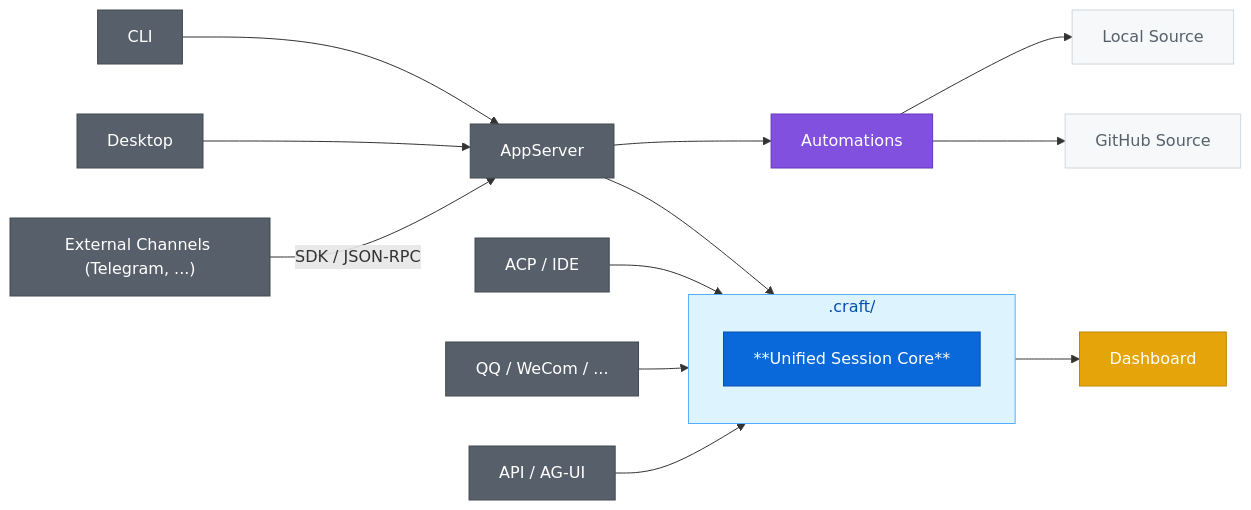
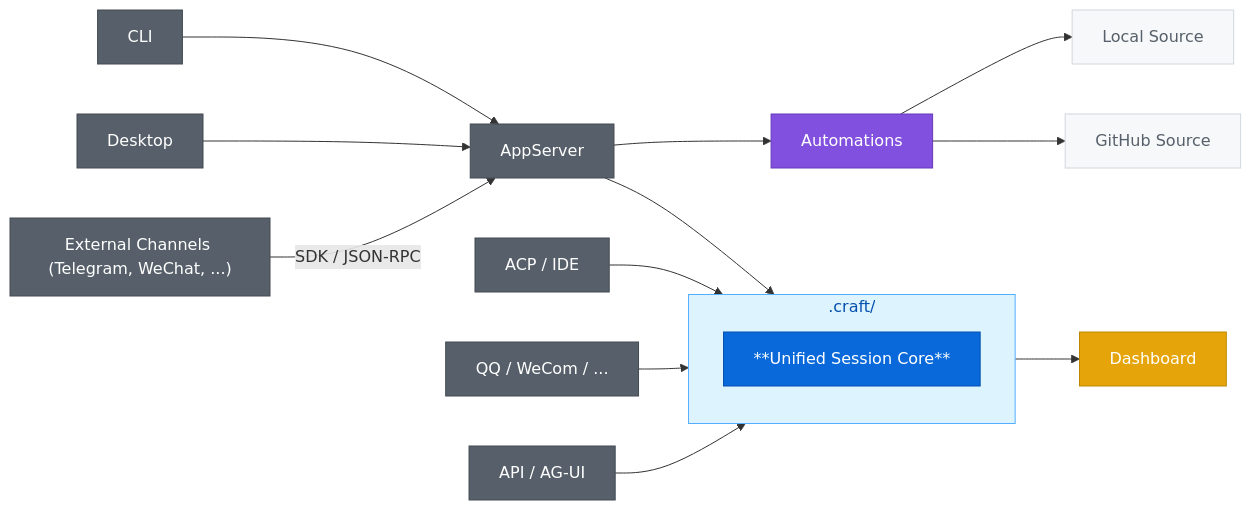
Before and after one commit to DotCraftDev/dotcraft: the diagram in README.md, drawn with Mermaid. The commit also changed other lines of this file and 28 other files, not shown here.

````diff
--- a/README.md
+++ b/README.md
@@ -126,45 +126,45 @@
 ```mermaid
 flowchart LR
     Cli["CLI"]
     Desktop["Desktop"]
     AppSrv["AppServer"]
     Ide["ACP / IDE"]
     Bots["QQ / WeCom / ..."]
-    ExtCh["External Channels (Telegram, ...)"]
+    ExtCh["External Channels (Telegram, WeChat, ...)"]
     Api["API / AG-UI"]
     Automations["Automations"]
     LocalSource["Local Source"]
     GitHubSource["GitHub Source"]
 
     subgraph Workspace [".craft/"]
         Core["**Unified Session Core**"]
     end
 
     Dashboard["Dashboard"]
 
     Cli --> AppSrv
     Desktop --> AppSrv
     AppSrv --> Workspace
     AppSrv --> Automations
     Automations --> LocalSource
     Automations --> GitHubSource
     Ide --> Workspace
     Bots --> Workspace
     ExtCh -->|"SDK / JSON-RPC"| AppSrv
     Api --> Workspace
     Workspace --> Dashboard
 
     style Core fill:#0969da,color:#ffffff,stroke:#0550ae
     style Workspace fill:#ddf4ff,stroke:#54aeff,color:#0550ae
     style Dashboard fill:#e5a50a,color:#ffffff,stroke:#bf8700
     style Cli fill:#57606a,color:#ffffff,stroke:#424a53
     style Desktop fill:#57606a,color:#ffffff,stroke:#424a53
     style AppSrv fill:#57606a,color:#ffffff,stroke:#424a53
     style Ide fill:#57606a,color:#ffffff,stroke:#424a53
     style Bots fill:#57606a,color:#ffffff,stroke:#424a53
     style ExtCh fill:#57606a,color:#ffffff,stroke:#424a53
     style Api fill:#57606a,color:#ffffff,stroke:#424a53
     style Automations fill:#8250df,color:#ffffff,stroke:#6639ba
     style LocalSource fill:#f6f8fa,color:#57606a,stroke:#d0d7de
     style GitHubSource fill:#f6f8fa,color:#57606a,stroke:#d0d7de
 ```
````
